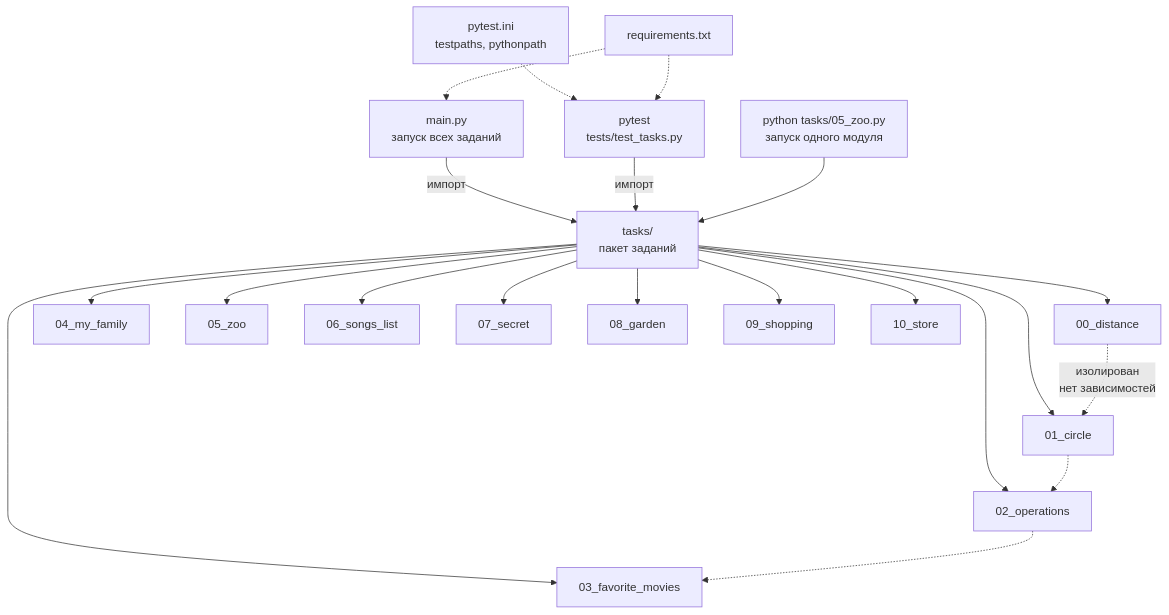
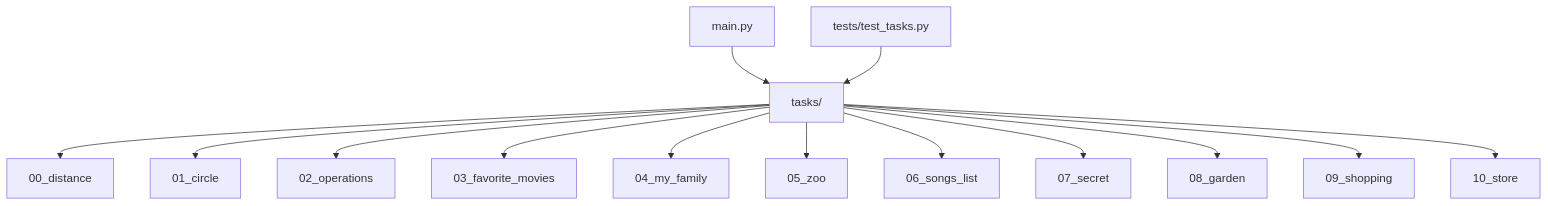
One commit to HolograficDev/semester3_python_lab1 changed the diagram in README.md. Above: the diagram before and after it, drawn with Mermaid.

````diff
--- a/README.md
+++ b/README.md
@@ -47,26 +47,17 @@
 ```mermaid
 flowchart TD
-    A[main.py<br/>запуск всех заданий] -->|импорт| T[tasks/<br/>пакет заданий]
-    B[pytest<br/>tests/test_tasks.py] -->|импорт| T
-    C[python tasks/05_zoo.py<br/>запуск одного модуля] --> T
+    A[main.py] --> T[tasks/]
+    B[tests/test_tasks.py] --> T
 
     T --> T1[00_distance]
     T --> T2[01_circle]
     T --> T3[02_operations]
     T --> T4[03_favorite_movies]
     T --> T5[04_my_family]
     T --> T6[05_zoo]
     T --> T7[06_songs_list]
     T --> T8[07_secret]
     T --> T9[08_garden]
     T --> T10[09_shopping]
     T --> T11[10_store]
-
-    P[pytest.ini<br/>testpaths, pythonpath] -.-> B
-    R[requirements.txt] -.-> A
-    R -.-> B
-
-    T1 -.->|изолирован<br/>нет зависимостей| T2
-    T2 -.-> T3
-    T3 -.-> T4
 ```
````
